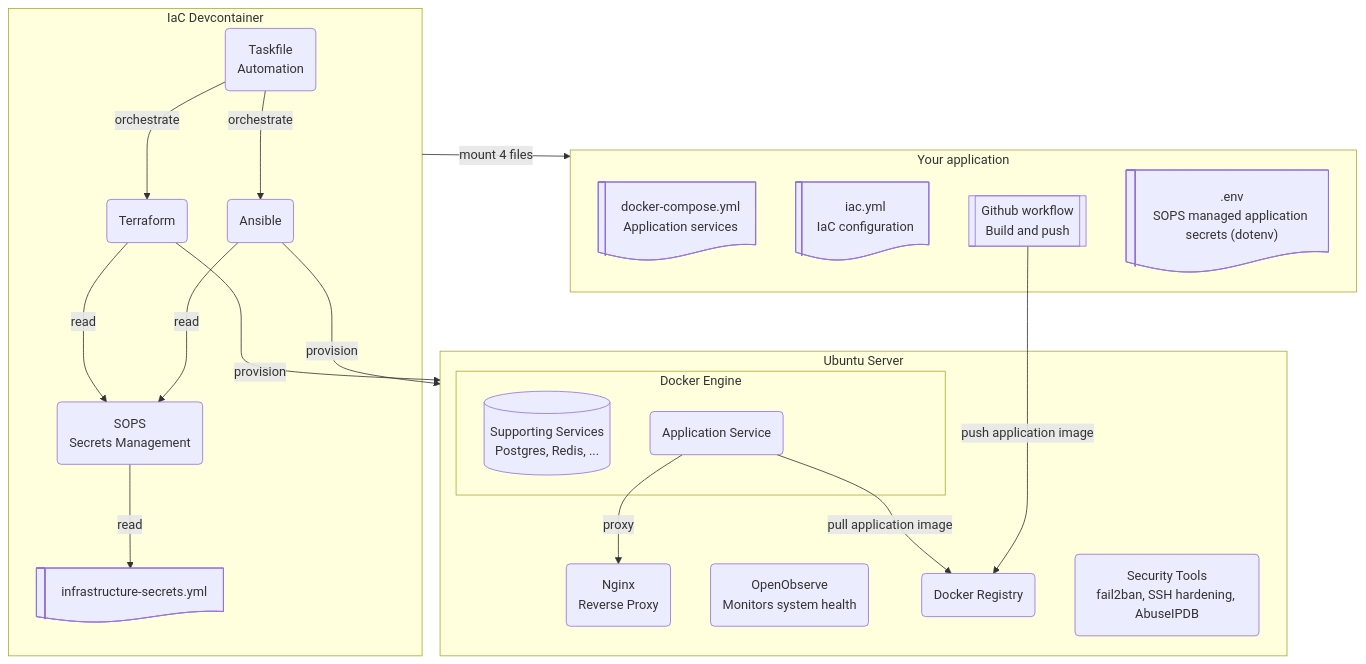
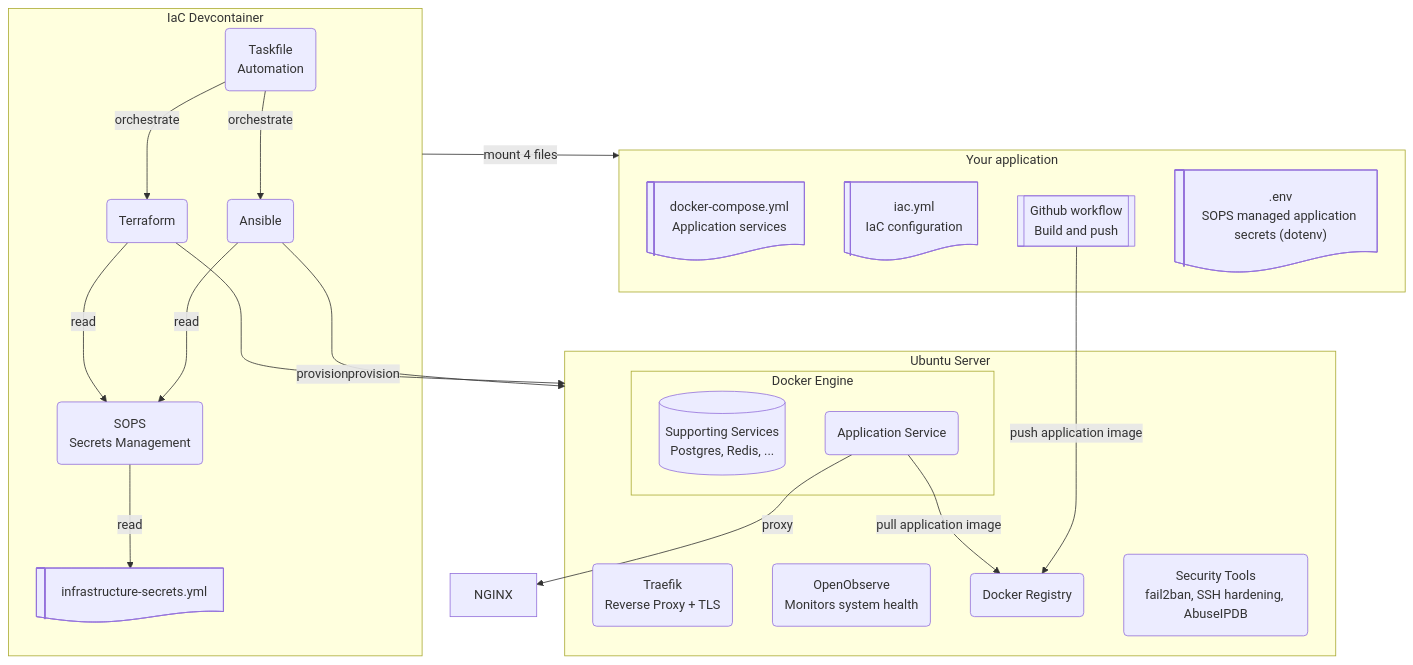
The diagram in docs/getting-started.md (rednaw/iac), drawn with Mermaid before and after one commit. The commit also changed 28 other files, not shown here.

````diff
--- a/docs/getting-started.md
+++ b/docs/getting-started.md
@@ -22,46 +22,46 @@
 ```mermaid
 graph TB
     subgraph IAC[IaC Devcontainer]
         TASK(Taskfile<br/>Automation)
         SOPS(SOPS<br/>Secrets Management)
         TF(Terraform)
         ANS(Ansible)
         INFRA_SECRETS@{ shape: lin-doc, label: "infrastructure-secrets.yml" }
     end
 
     subgraph SERVER[Ubuntu Server]
-      NGINX(Nginx<br/>Reverse Proxy)
+      TRAEFIK(Traefik<br/>Reverse Proxy + TLS)
       subgraph DOCKER[Docker Engine]
         SUPPORTING_SERVICES@{ shape: cyl, label: "Supporting Services<br/>Postgres, Redis, ..." }
         APP_SERVICE(Application Service)
       end
       OBSERVE(OpenObserve<br/>Monitors system health)
       REGISTRY(Docker Registry)
       SEC(Security Tools<br/>fail2ban, SSH hardening, AbuseIPDB)
     end
 
     subgraph APP[Your application]
       COMPOSE@{ shape: lin-doc, label: "docker-compose.yml<br/>Application services" }
       IAC_YML@{ shape: lin-doc, label: "iac.yml<br/>IaC configuration" }
       PUSH@{ shape: subproc, label: "Github workflow<br/>Build and push" }
       APP_SECRETS@{ shape: lin-doc, label: ".env<br/>SOPS managed application secrets (dotenv)" }
     end
 
     IAC -->|mount 4 files| APP
     
     TASK -->|orchestrate| TF
     TASK -->|orchestrate| ANS
 
     SOPS -->|read| INFRA_SECRETS
         
     TF -->|provision| SERVER
     TF -->|read| SOPS
     
     ANS -->|provision| SERVER
     ANS -->|read| SOPS
 
     APP_SERVICE -->|pull application image| REGISTRY
     PUSH --->|push application image| REGISTRY 
     
     APP_SERVICE -->|proxy| NGINX
 ```
````
